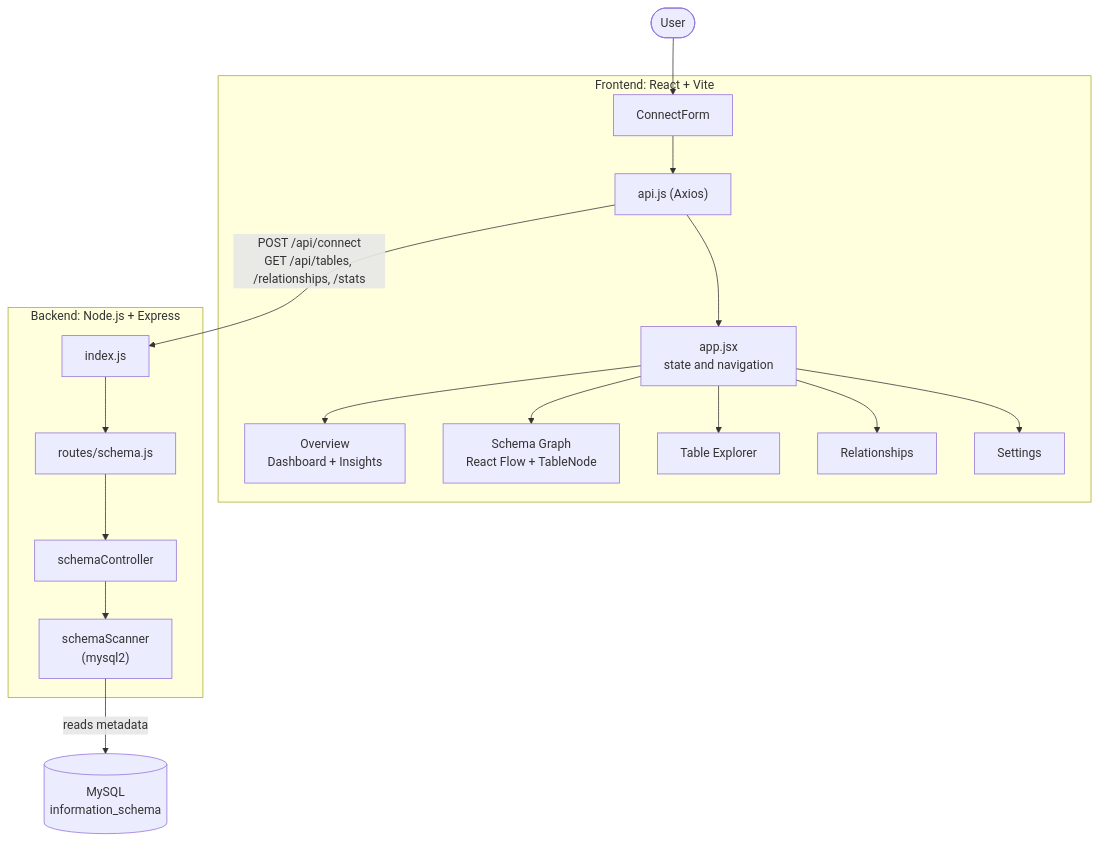
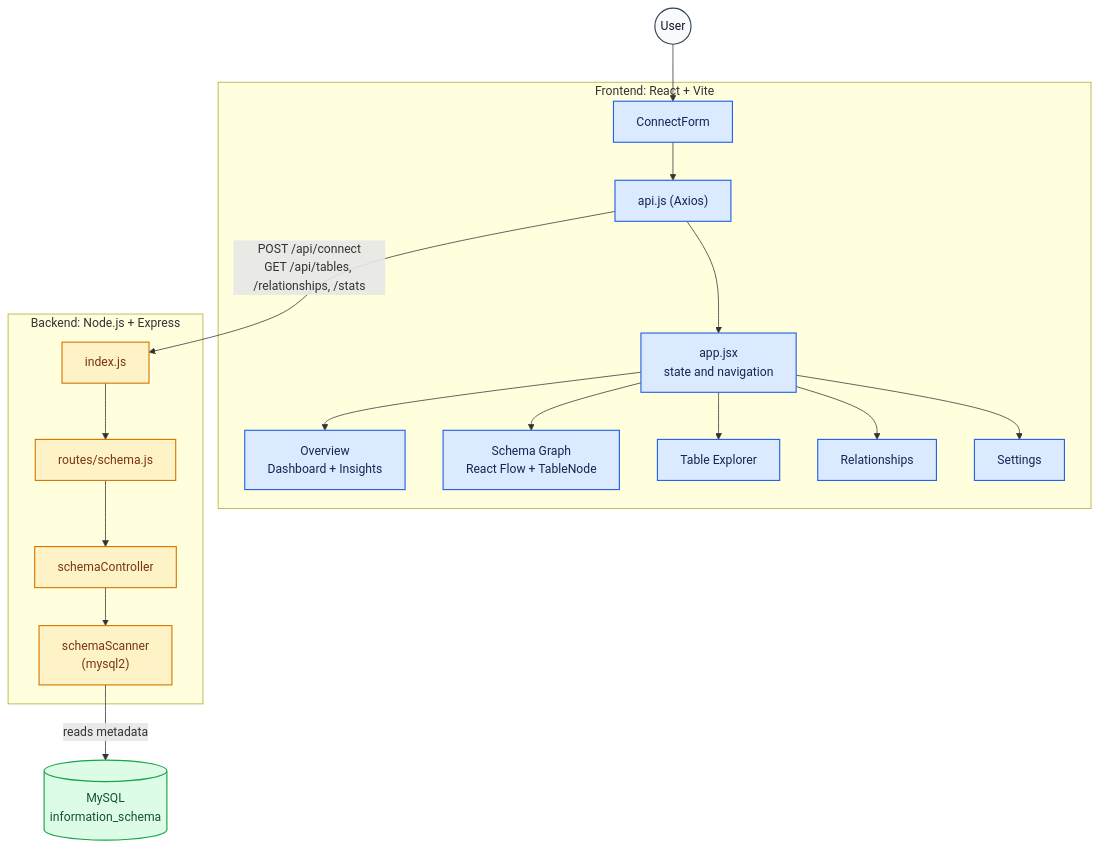
One commit to kanishka373/SchemaLens changed the diagram in Readme.md. Above: the diagram before and after it, drawn with Mermaid. The commit also changed other lines of this file, not shown here.

Commit message:
Pastel architecture diagram

````diff
--- a/Readme.md
+++ b/Readme.md
@@ -32,23 +31,32 @@
 ```mermaid
 flowchart TD
-    User([User]) --> Form
+    User(("User")) --> Form
 
     subgraph FE["Frontend: React + Vite"]
         Form["ConnectForm"] --> API["api.js (Axios)"]
         API --> App["app.jsx<br/>state and navigation"]
         App --> Overview["Overview<br/>Dashboard + Insights"]
         App --> Graph["Schema Graph<br/>React Flow + TableNode"]
         App --> Explorer["Table Explorer"]
         App --> Rel["Relationships"]
         App --> Settings["Settings"]
     end
 
     subgraph BE["Backend: Node.js + Express"]
         Server["index.js"] --> Routes["routes/schema.js"]
         Routes --> Controller["schemaController"]
         Controller --> Scanner["schemaScanner<br/>(mysql2)"]
     end
 
     API -- "POST /api/connect<br/>GET /api/tables, /relationships, /stats" --> Server
     Scanner -- "reads metadata" --> DB[("MySQL<br/>information_schema")]
+
+    classDef toneNeutral fill:#f8fafc,stroke:#334155,stroke-width:1.5px,color:#0f172a
+    classDef toneBlue fill:#dbeafe,stroke:#2563eb,stroke-width:1.5px,color:#172554
+    classDef toneAmber fill:#fef3c7,stroke:#d97706,stroke-width:1.5px,color:#78350f
+    classDef toneMint fill:#dcfce7,stroke:#16a34a,stroke-width:1.5px,color:#14532d
+    class User toneNeutral
+    class Form,API,App,Overview,Graph,Explorer,Rel,Settings toneBlue
+    class Server,Routes,Controller,Scanner toneAmber
+    class DB toneMint
 ```
````
